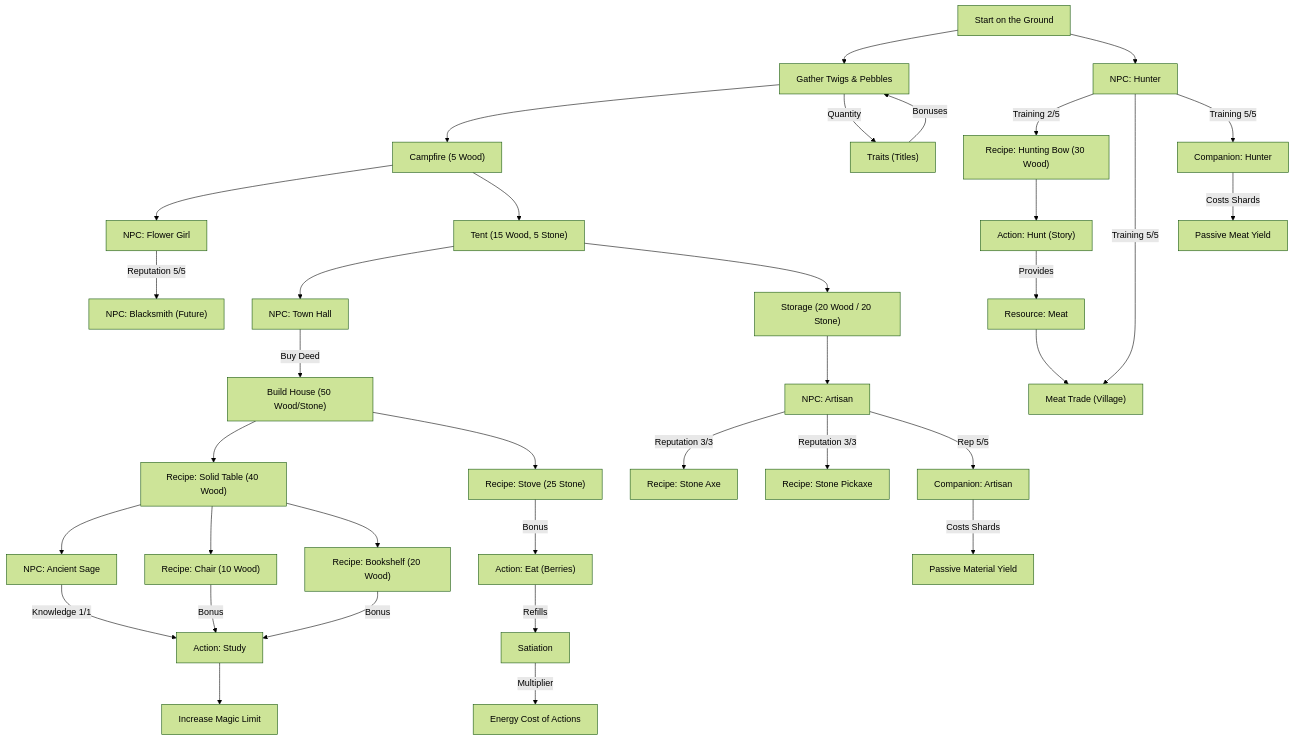
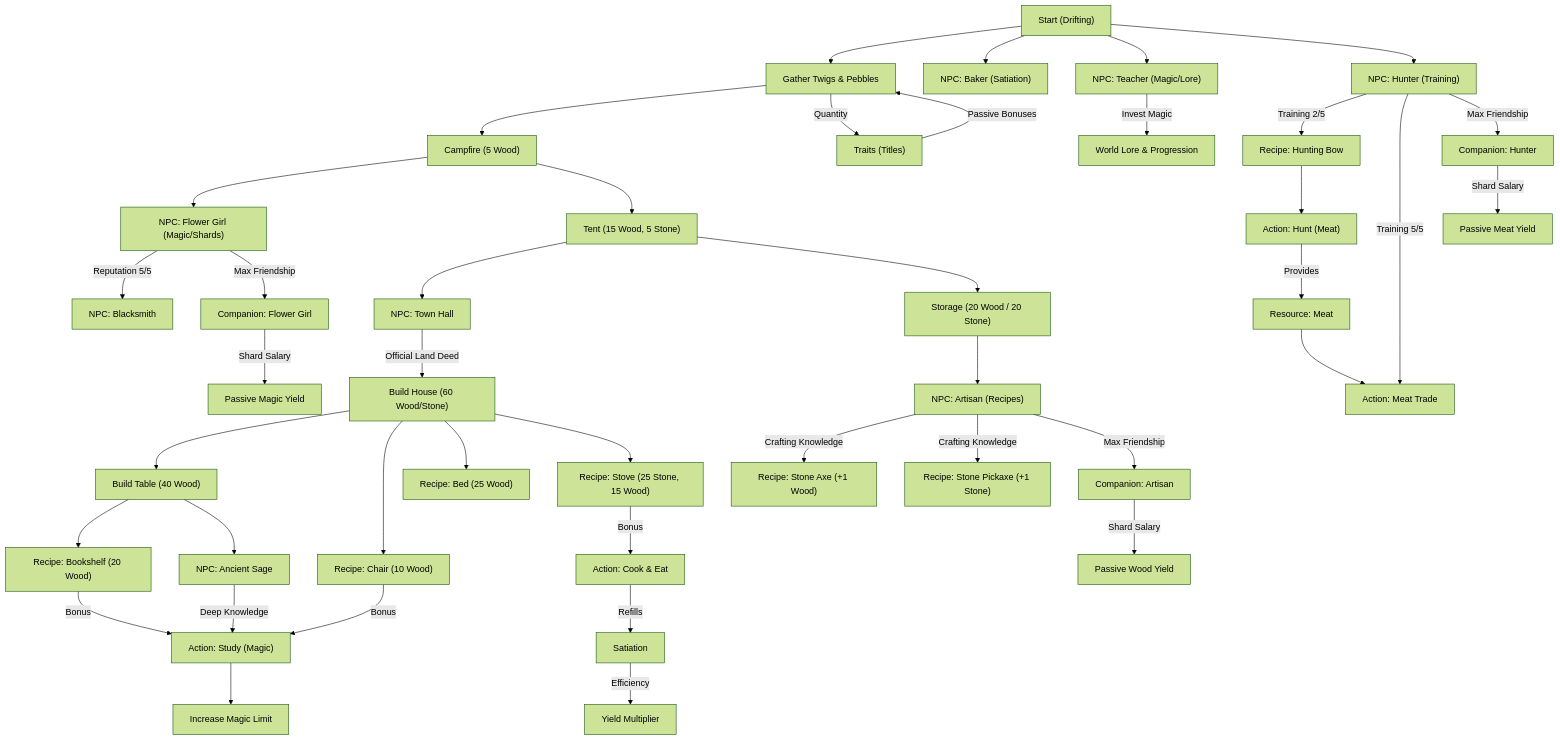
The diagram in docs/PROGRESSION.md (Lassandriel/My-earned-Wings), drawn with Mermaid (forest theme) before and after one commit. The commit also changed other lines of this file and 68 other files, not shown here.

````diff
--- a/docs/PROGRESSION.md
+++ b/docs/PROGRESSION.md
@@ -5,59 +5,69 @@
 ```mermaid
 graph TD
-    %% Start
-    Start["Start on the Ground"] --> Gather["Gather Twigs & Pebbles"]
+    %% Start & Early NPCs
+    Start["Start (Drifting)"] --> Gather["Gather Twigs & Pebbles"]
+    Start --> Baker["NPC: Baker (Satiation)"]
+    Start --> Teacher["NPC: Teacher (Magic/Lore)"]
+    Start --> Hunter["NPC: Hunter (Training)"]
+
     Gather --> Campfire["Campfire (5 Wood)"]
-    Campfire --> FlowerGirl["NPC: Flower Girl"]
+    Campfire --> FlowerGirl["NPC: Flower Girl (Magic/Shards)"]
     
     %% Flower Girl Chain
-    FlowerGirl -- "Reputation 5/5" --> Blacksmith["NPC: Blacksmith (Future)"]
+    FlowerGirl -- "Reputation 5/5" --> Blacksmith["NPC: Blacksmith"]
     
-    %% Housing Chain
+    %% Housing & Urbanization
     Campfire --> Tent["Tent (15 Wood, 5 Stone)"]
     Tent --> TownHall["NPC: Town Hall"]
     Tent --> Storage["Storage (20 Wood / 20 Stone)"]
-    Storage --> Artisan["NPC: Artisan"]
+    Storage --> Artisan["NPC: Artisan (Recipes)"]
     
     %% Tools
-    Artisan -- "Reputation 3/3" --> Axe["Recipe: Stone Axe"]
-    Artisan -- "Reputation 3/3" --> Pickaxe["Recipe: Stone Pickaxe"]
+    Artisan -- "Crafting Knowledge" --> Axe["Recipe: Stone Axe (+1 Wood)"]
+    Artisan -- "Crafting Knowledge" --> Pickaxe["Recipe: Stone Pickaxe (+1 Stone)"]
     
-    %% Advanced Housing
-    TownHall -- "Buy Deed" --> House["Build House (50 Wood/Stone)"]
-    House --> Table["Recipe: Solid Table (40 Wood)"]
+    %% Advanced Housing (The Home)
+    TownHall -- "Official Land Deed" --> House["Build House (60 Wood/Stone)"]
+    
+    %% Furniture Unlocks from House
+    House --> Table["Build Table (40 Wood)"]
+    House --> Chair["Recipe: Chair (10 Wood)"]
+    House --> Bed["Recipe: Bed (25 Wood)"]
+    House --> Stove["Recipe: Stove (25 Stone, 15 Wood)"]
+    
+    %% Magic & Knowledge
+    Teacher -- "Invest Magic" --> WorldLore["World Lore & Progression"]
+    Table --> Bookshelf["Recipe: Bookshelf (20 Wood)"]
     Table --> Sage["NPC: Ancient Sage"]
-    
-    %% Magic Chain
-    Sage -- "Knowledge 1/1" --> Study["Action: Study"]
+    Sage -- "Deep Knowledge" --> Study["Action: Study (Magic)"]
     Study --> MagicCap["Increase Magic Limit"]
     
-    %% Furniture Synergies
-    Table --> Chair["Recipe: Chair (10 Wood)"]
+    %% Synergies
     Chair -- "Bonus" --> Study
-    Table --> Bookshelf["Recipe: Bookshelf (20 Wood)"]
     Bookshelf -- "Bonus" --> Study
-    
-    House --> Stove["Recipe: Stove (25 Stone)"]
-    Stove -- "Bonus" --> Eat["Action: Eat (Berries)"]
+    Stove -- "Bonus" --> Eat["Action: Cook & Eat"]
     
     %% Hunter Saga
-    Start --> Hunter["NPC: Hunter"]
-    Hunter -- "Training 2/5" --> Bow["Recipe: Hunting Bow (30 Wood)"]
-    Bow --> Hunt["Action: Hunt (Story)"]
-    Hunter -- "Training 5/5" --> MeatTrade["Meat Trade (Village)"]
+    Hunter -- "Training 2/5" --> Bow["Recipe: Hunting Bow"]
+    Bow --> Hunt["Action: Hunt (Meat)"]
+    Hunter -- "Training 5/5" --> MeatTrade["Action: Meat Trade"]
     Hunt -- "Provides" --> Meat["Resource: Meat"]
     Meat --> MeatTrade
     
-    %% NEW: Traits & Companions
+    %% Traits & Companions
     Gather -- "Quantity" --> Traits["Traits (Titles)"]
-    Traits -- "Bonuses" --> Gather
+    Traits -- "Passive Bonuses" --> Gather
     
-    Hunter -- "Training 5/5" --> Companion_Hunter["Companion: Hunter"]
-    Artisan -- "Rep 5/5" --> Companion_Artisan["Companion: Artisan"]
-    Companion_Hunter -- "Costs Shards" --> Auto_Meat["Passive Meat Yield"]
-    Companion_Artisan -- "Costs Shards" --> Auto_Wood_Stone["Passive Material Yield"]
+    %% Village & Management
+    Hunter -- "Max Friendship" --> Companion_Hunter["Companion: Hunter"]
+    Artisan -- "Max Friendship" --> Companion_Artisan["Companion: Artisan"]
+    FlowerGirl -- "Max Friendship" --> Companion_FlowerGirl["Companion: Flower Girl"]
     
-    %% Satiation logic
+    Companion_Hunter -- "Shard Salary" --> Auto_Meat["Passive Meat Yield"]
+    Companion_Artisan -- "Shard Salary" --> Auto_Wood["Passive Wood Yield"]
+    Companion_FlowerGirl -- "Shard Salary" --> Auto_Magic["Passive Magic Yield"]
+    
+    %% Core Loops
     Eat -- "Refills" --> Satiation["Satiation"]
-    Satiation -- "Multiplier" --> EnergyCost["Energy Cost of Actions"]
+    Satiation -- "Efficiency" --> Yield["Yield Multiplier"]
 ```
````
